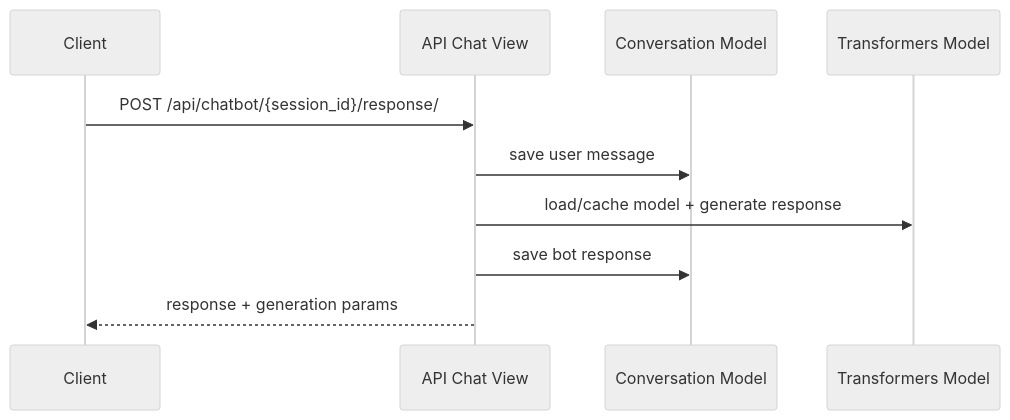
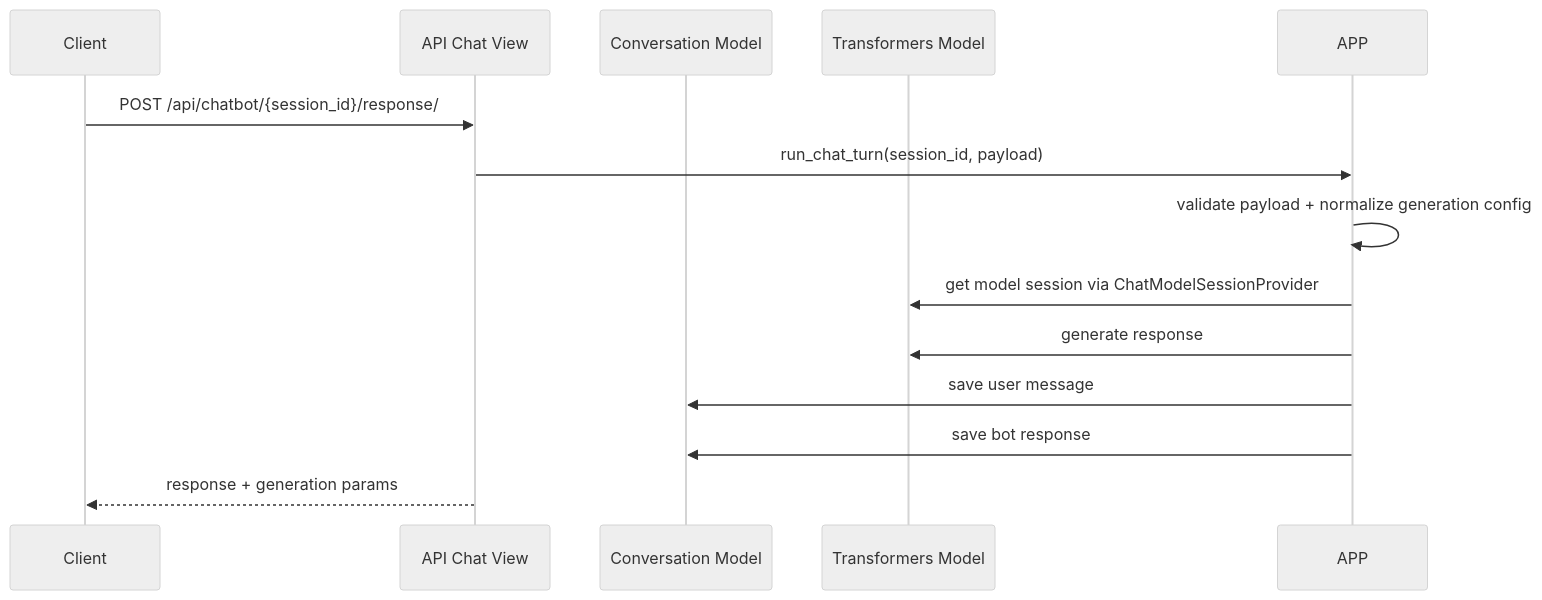
Before and after one commit to jeffreywallphd-ai/LMForge: the first of 6 diagrams in docs/architecture/runtime-flows.md, drawn with Mermaid (neutral theme). The commit also changed other lines of this file and 6 other files, not shown here.

Commit message:
Centralize chat model session loading and validation

````diff
--- a/docs/architecture/runtime-flows.md
+++ b/docs/architecture/runtime-flows.md
@@ -5,13 +5,16 @@
 ```mermaid
 sequenceDiagram
   participant U as Client
   participant API as API Chat View
   participant DB as Conversation Model
   participant LLM as Transformers Model
 
   U->>API: POST /api/chatbot/{session_id}/response/
-  API->>DB: save user message
-  API->>LLM: load/cache model + generate response
-  API->>DB: save bot response
+  API->>APP: run_chat_turn(session_id, payload)
+  APP->>APP: validate payload + normalize generation config
+  APP->>LLM: get model session via ChatModelSessionProvider
+  APP->>LLM: generate response
+  APP->>DB: save user message
+  APP->>DB: save bot response
   API-->>U: response + generation params
 ```
````
